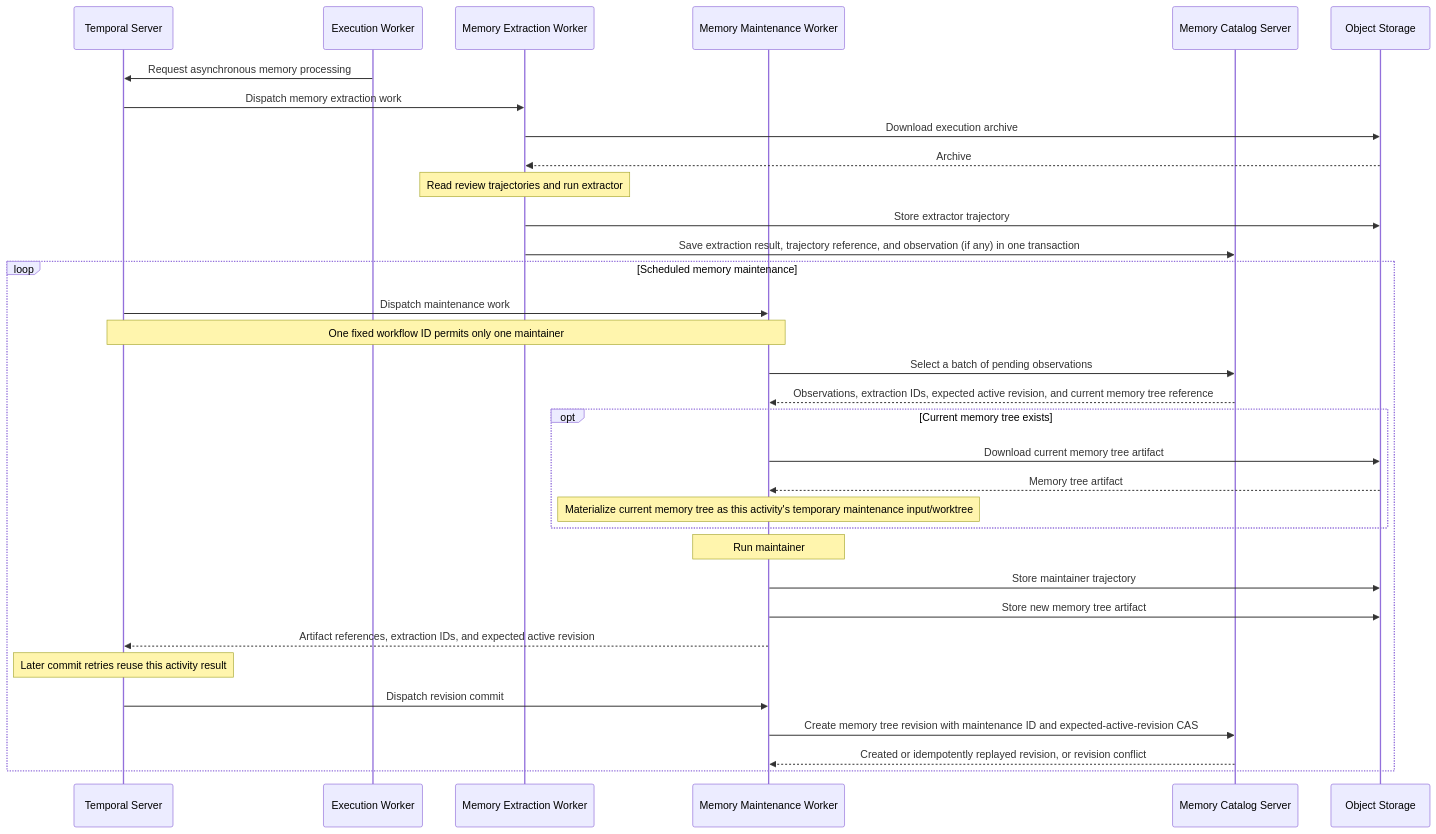
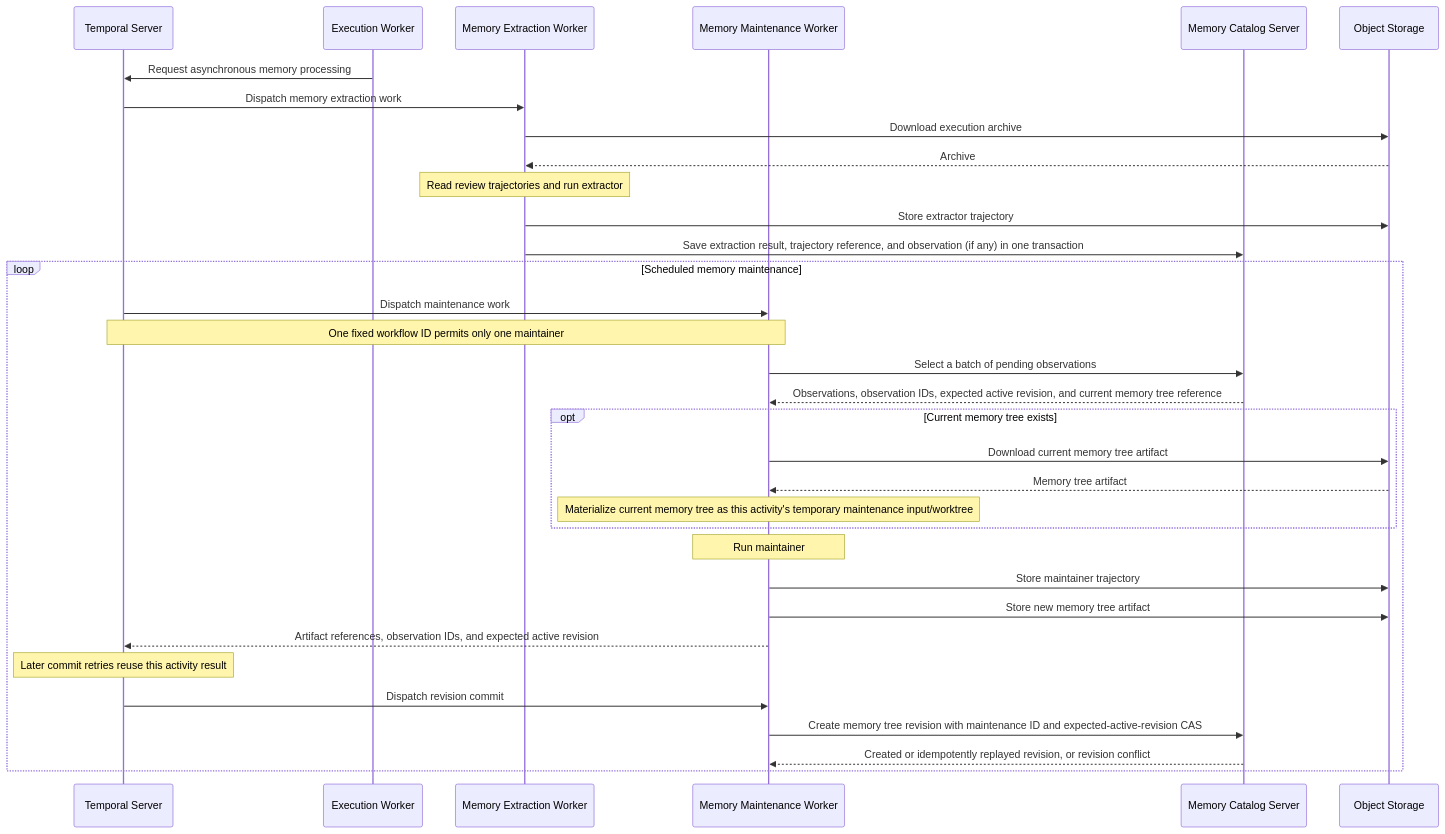
The second of 4 diagrams in docs/architecture/SYSTEM_ARCHITECTURE.md (Agent-AI-Chalmers/sec-review-bot), drawn with Mermaid before and after one commit. The commit also changed other lines of this file and 83 other files, not shown here.

First line of the commit message:
feat(memory)!: support multiple observations and traceable maintenance (#334)

````diff
--- a/docs/architecture/SYSTEM_ARCHITECTURE.md
+++ b/docs/architecture/SYSTEM_ARCHITECTURE.md
@@ -77,36 +77,36 @@
 ```mermaid
 sequenceDiagram
   participant Temporal as Temporal Server
   participant ExecutionWorker as Execution Worker
   participant ExtractionWorker as Memory Extraction Worker
   participant MaintenanceWorker as Memory Maintenance Worker
   participant Catalog as Memory Catalog Server
   participant Storage as Object Storage
 
   ExecutionWorker->>Temporal: Request asynchronous memory processing
   Temporal->>ExtractionWorker: Dispatch memory extraction work
   ExtractionWorker->>Storage: Download execution archive
   Storage-->>ExtractionWorker: Archive
   Note over ExtractionWorker: Read review trajectories and run extractor
   ExtractionWorker->>Storage: Store extractor trajectory
   ExtractionWorker->>Catalog: Save extraction result, trajectory reference, and observation (if any) in one transaction
   loop Scheduled memory maintenance
     Temporal->>MaintenanceWorker: Dispatch maintenance work
     Note over Temporal,MaintenanceWorker: One fixed workflow ID permits only one maintainer
     MaintenanceWorker->>Catalog: Select a batch of pending observations
-    Catalog-->>MaintenanceWorker: Observations, extraction IDs, expected active revision, and current memory tree reference
+    Catalog-->>MaintenanceWorker: Observations, observation IDs, expected active revision, and current memory tree reference
     opt Current memory tree exists
       MaintenanceWorker->>Storage: Download current memory tree artifact
       Storage-->>MaintenanceWorker: Memory tree artifact
       Note over MaintenanceWorker: Materialize current memory tree as this activity's temporary maintenance input/worktree
     end
     Note over MaintenanceWorker: Run maintainer
     MaintenanceWorker->>Storage: Store maintainer trajectory
     MaintenanceWorker->>Storage: Store new memory tree artifact
-    MaintenanceWorker-->>Temporal: Artifact references, extraction IDs, and expected active revision
+    MaintenanceWorker-->>Temporal: Artifact references, observation IDs, and expected active revision
     Note over Temporal: Later commit retries reuse this activity result
     Temporal->>MaintenanceWorker: Dispatch revision commit
     MaintenanceWorker->>Catalog: Create memory tree revision with maintenance ID and expected-active-revision CAS
     Catalog-->>MaintenanceWorker: Created or idempotently replayed revision, or revision conflict
   end
 ```
````
